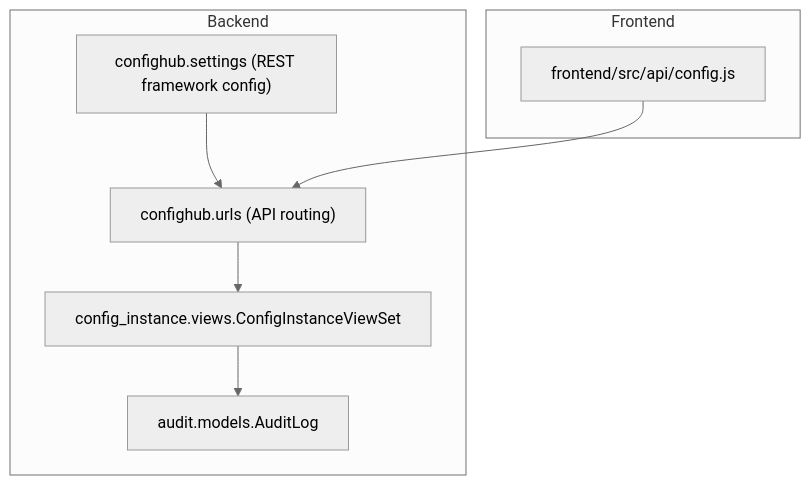
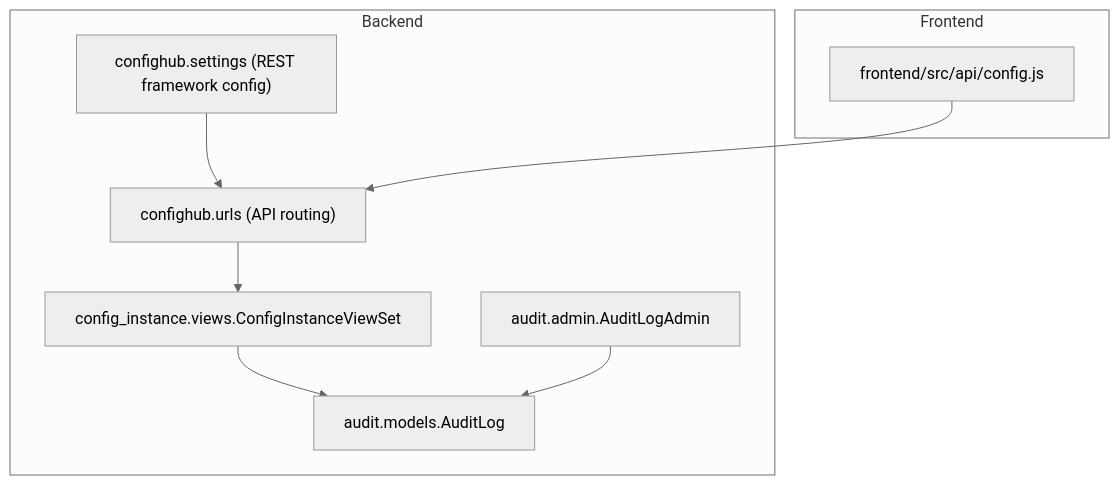
One commit to fengyong/ai-ops changed the first of 6 diagrams in .qoder/repowiki/en/content/Backend API Documentation/Audit Log API.md. Above: the diagram before and after it, drawn with Mermaid (neutral theme). The commit also changed other lines of this file and 7 other files, not shown here.

````diff
--- a/.qoder/repowiki/en/content/Backend API Documentation/Audit Log API.md
+++ b/.qoder/repowiki/en/content/Backend API Documentation/Audit Log API.md
@@ -30,16 +40,18 @@
 ```mermaid
 graph TB
 subgraph "Backend"
 A["audit.models.AuditLog"]
 B["config_instance.views.ConfigInstanceViewSet"]
 C["confighub.urls (API routing)"]
 D["confighub.settings (REST framework config)"]
+E["audit.admin.AuditLogAdmin"]
 end
 subgraph "Frontend"
 F["frontend/src/api/config.js"]
 end
 B --> A
 C --> B
 D --> C
 F --> C
+E --> A
 ```
````
